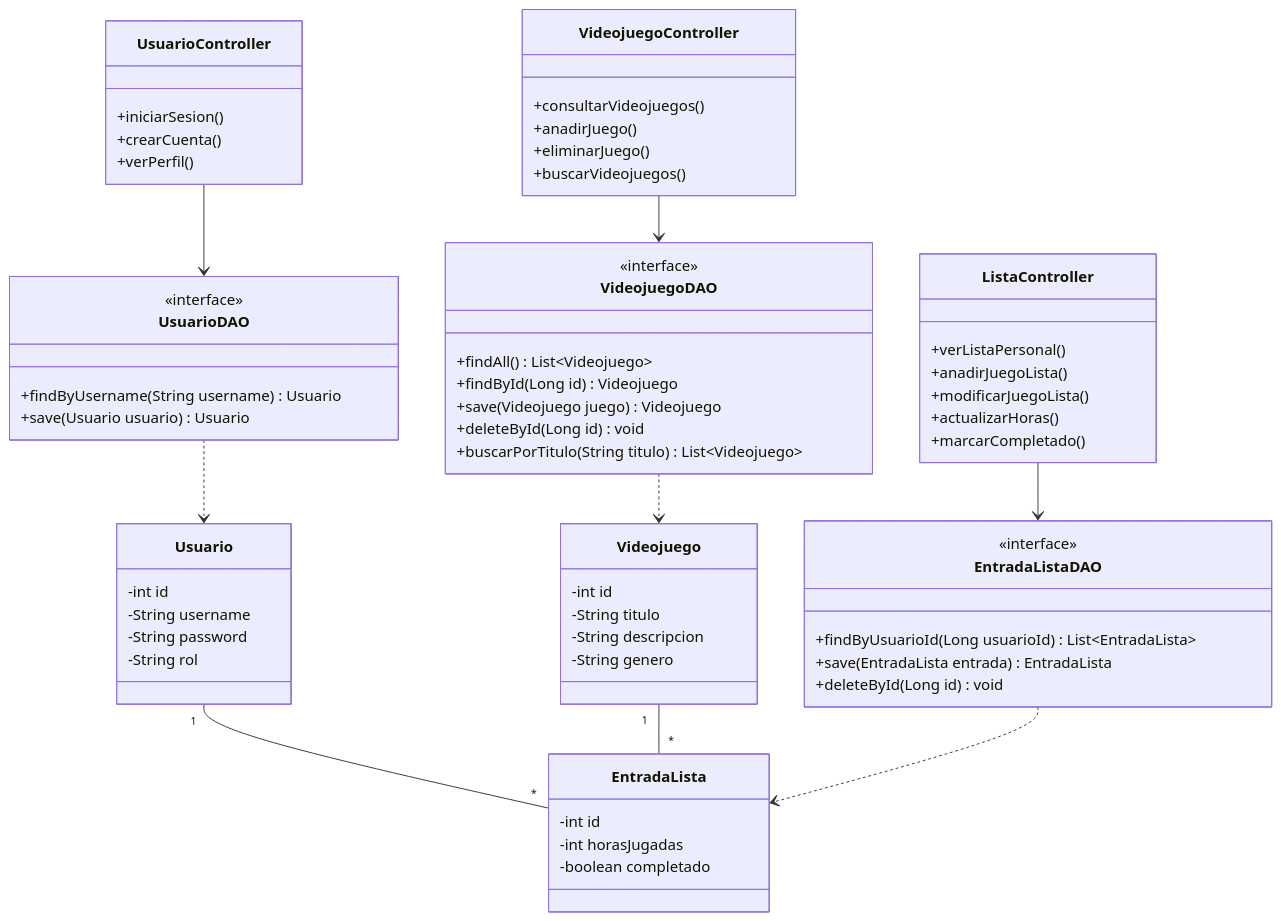
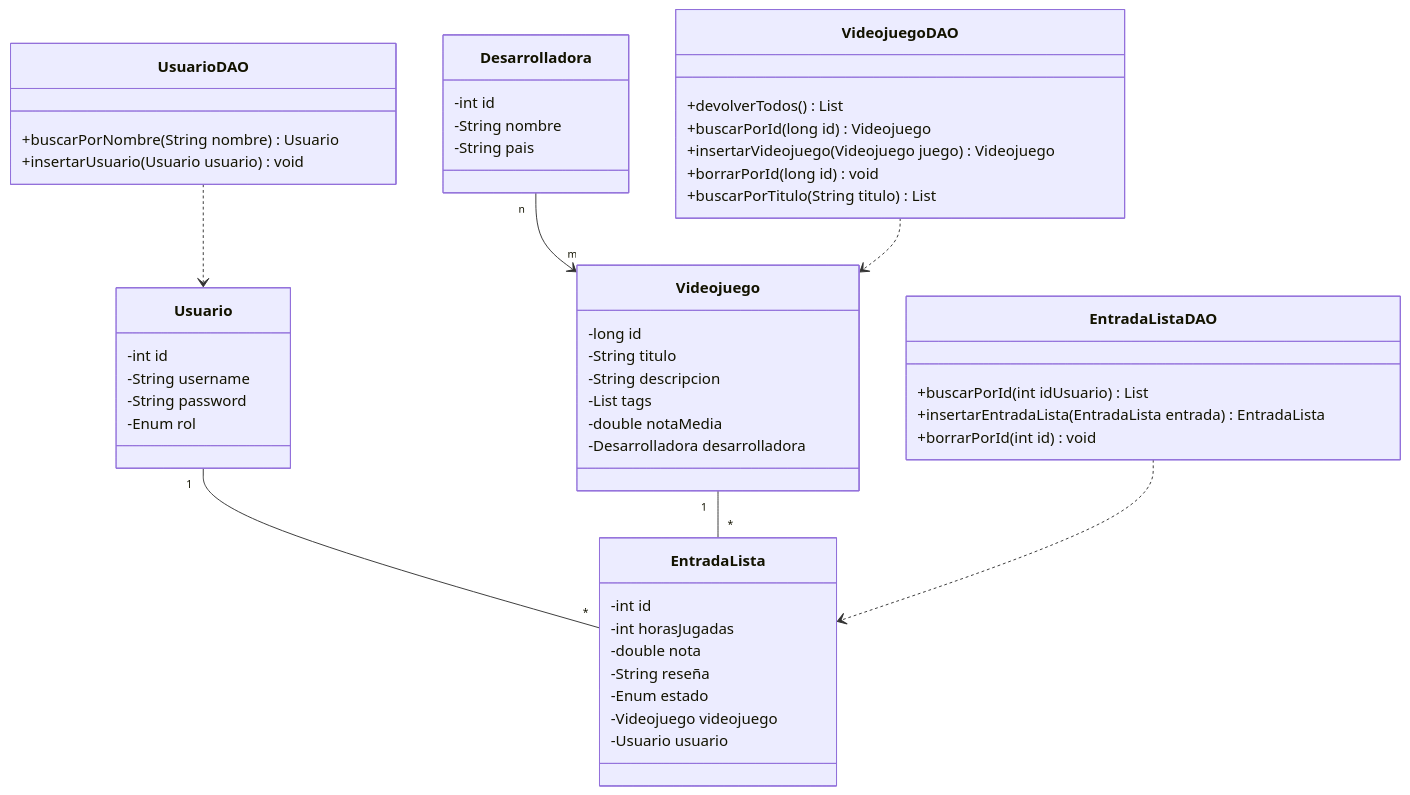
Before and after one commit to Lepipae/VideojuegosApi: the diagram in mermaid/diagramaDeClases.md, drawn with Mermaid. The commit also changed 1 other file, not shown here.

Commit message:
Modificar diagramas mermaid

````diff
--- a/mermaid/diagramaDeClases.md
+++ b/mermaid/diagramaDeClases.md
@@ -1,82 +1,67 @@
 ```mermaid
 classDiagram
     %% Entidades (Modelos)
     class Usuario {
         -int id
         -String username
         -String password
-        -String rol
+        -Enum rol
     }
 
     class Videojuego {
-        -int id
+        -long id
         -String titulo
         -String descripcion
-        -String genero
+        -List<String> tags
+        -double notaMedia
+        -Desarrolladora desarrolladora
     }
 
     class EntradaLista {
         -int id
         -int horasJugadas
-        -boolean completado
+        -double nota
+        -String reseña
+        -Enum estado
+        -Videojuego videojuego
+        -Usuario usuario
+    }
+
+    class Desarrolladora {
+        -int id
+        -String nombre
+        -String pais
     }
 
     %% DAOs (Repositorios de Spring Boot)
     class VideojuegoDAO {
-        <<interface>>
-        +findAll() List~Videojuego~
-        +findById(Long id) Videojuego
-        +save(Videojuego juego) Videojuego
-        +deleteById(Long id) void
-        +buscarPorTitulo(String titulo) List~Videojuego~
+        +devolverTodos() List<Videojuego>
+        +buscarPorId(long id) Videojuego
+        +insertarVideojuego(Videojuego juego) Videojuego
+        +borrarPorId(long id) void
+        +buscarPorTitulo(String titulo) List<Videojuego>
     }
 
     class UsuarioDAO {
-        <<interface>>
-        +findByUsername(String username) Usuario
-        +save(Usuario usuario) Usuario
+        +buscarPorNombre(String nombre) Usuario
+        +insertarUsuario(Usuario usuario) void
     }
 
     class EntradaListaDAO {
-        <<interface>>
-        +findByUsuarioId(Long usuarioId) List~EntradaLista~
-        +save(EntradaLista entrada) EntradaLista
-        +deleteById(Long id) void
-    }
-
-    %% Controladores (API)
-    class VideojuegoController {
-        +consultarVideojuegos()
-        +anadirJuego()
-        +eliminarJuego()
-        +buscarVideojuegos()
-    }
-
-    class UsuarioController {
-        +iniciarSesion()
-        +crearCuenta()
-        +verPerfil()
-    }
-
-    class ListaController {
-        +verListaPersonal()
-        +anadirJuegoLista()
-        +modificarJuegoLista()
-        +actualizarHoras()
-        +marcarCompletado()
+        +buscarPorId(int idUsuario) List<EntradaLista>
+        +insertarEntradaLista(EntradaLista entrada) EntradaLista
+        +borrarPorId(int id) void
     }
 
     %% Relaciones entre Entidades
     Usuario "1" -- "*" EntradaLista
     Videojuego "1" -- "*" EntradaLista
+    Desarrolladora "n" --> "m" Videojuego
 
     %% Relaciones de Dependencia (DAOs manejan Entidades)
     VideojuegoDAO ..> Videojuego
     UsuarioDAO ..> Usuario
     EntradaListaDAO ..> EntradaLista
 
-    %% Relaciones de Controladores con DAOs (Inyección de dependencias)
-    VideojuegoController --> VideojuegoDAO
-    UsuarioController --> UsuarioDAO
-    ListaController --> EntradaListaDAO
+
 ```
````
